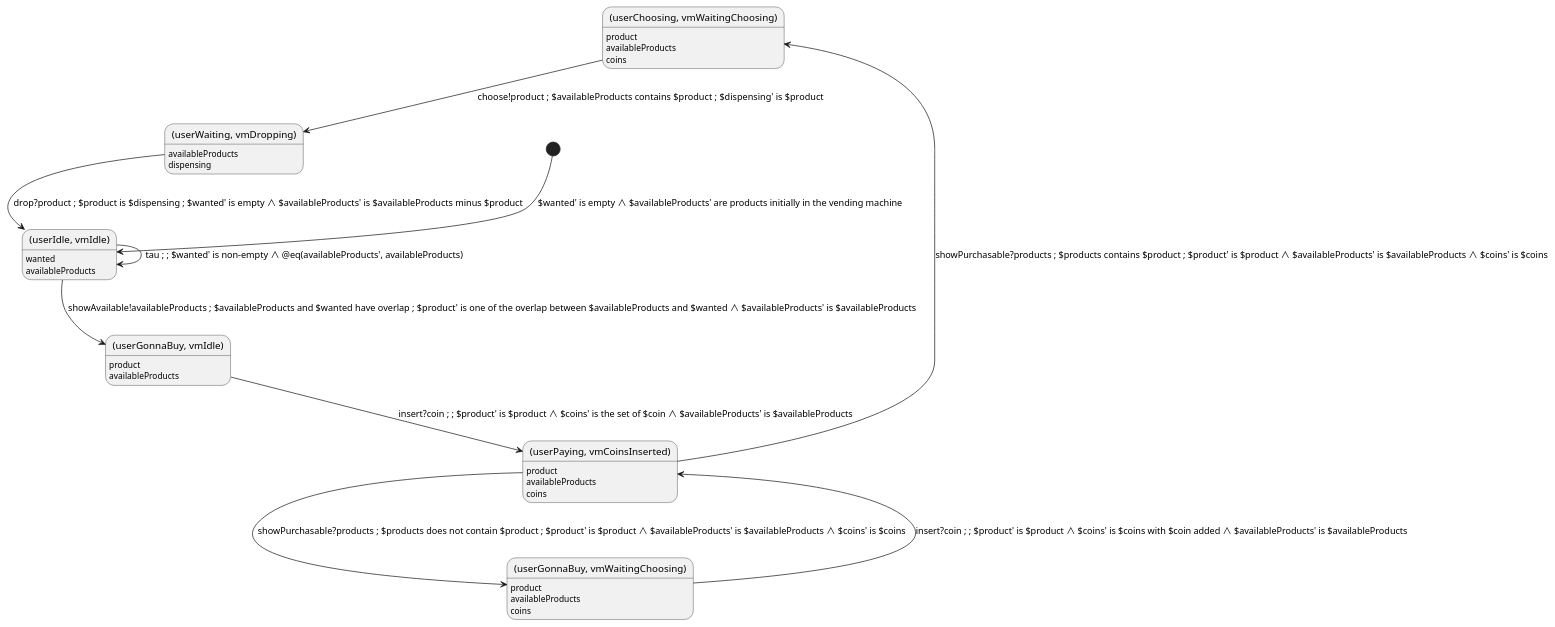
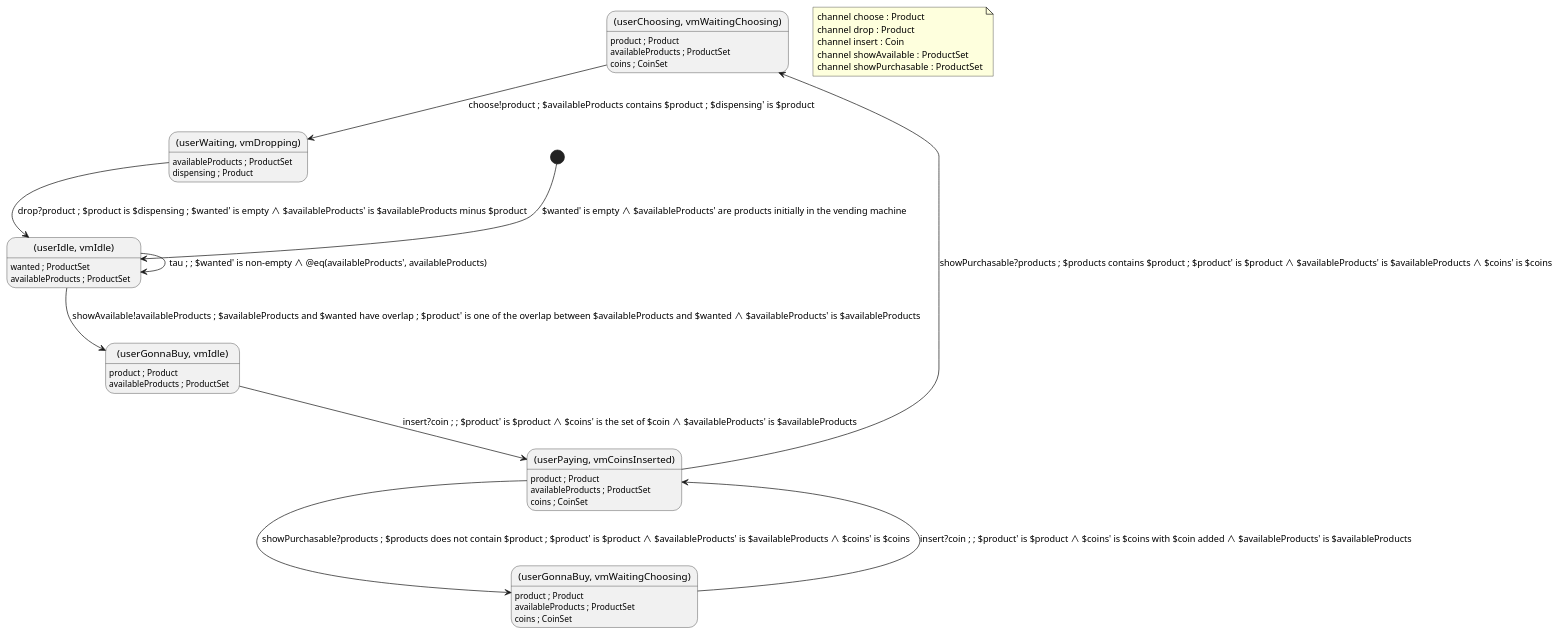
The diagram in examples/compose/user_vending_machine.puml (Kuniwak/puml-parallel), drawn with PlantUML before and after one commit. The commit also changed 73 other files, not shown here.

```diff
--- a/examples/compose/user_vending_machine.puml
+++ b/examples/compose/user_vending_machine.puml
@@ -1,32 +1,39 @@
 @startuml auto-generated-by: csdfparallel -sync 'insert;showAvailable;showPurchasable;choose;drop' examples/valid/user.puml examples/valid/vending_machine.puml
 state "(userChoosing, vmWaitingChoosing)" as userChoosing_vmWaitingChoosing
-userChoosing_vmWaitingChoosing : product
-userChoosing_vmWaitingChoosing : availableProducts
-userChoosing_vmWaitingChoosing : coins
+userChoosing_vmWaitingChoosing : product ; Product
+userChoosing_vmWaitingChoosing : availableProducts ; ProductSet
+userChoosing_vmWaitingChoosing : coins ; CoinSet
 state "(userGonnaBuy, vmIdle)" as userGonnaBuy_vmIdle
-userGonnaBuy_vmIdle : product
-userGonnaBuy_vmIdle : availableProducts
+userGonnaBuy_vmIdle : product ; Product
+userGonnaBuy_vmIdle : availableProducts ; ProductSet
 state "(userGonnaBuy, vmWaitingChoosing)" as userGonnaBuy_vmWaitingChoosing
-userGonnaBuy_vmWaitingChoosing : product
-userGonnaBuy_vmWaitingChoosing : availableProducts
-userGonnaBuy_vmWaitingChoosing : coins
+userGonnaBuy_vmWaitingChoosing : product ; Product
+userGonnaBuy_vmWaitingChoosing : availableProducts ; ProductSet
+userGonnaBuy_vmWaitingChoosing : coins ; CoinSet
 state "(userIdle, vmIdle)" as userIdle_vmIdle
-userIdle_vmIdle : wanted
-userIdle_vmIdle : availableProducts
+userIdle_vmIdle : wanted ; ProductSet
+userIdle_vmIdle : availableProducts ; ProductSet
 state "(userPaying, vmCoinsInserted)" as userPaying_vmCoinsInserted
-userPaying_vmCoinsInserted : product
-userPaying_vmCoinsInserted : availableProducts
-userPaying_vmCoinsInserted : coins
+userPaying_vmCoinsInserted : product ; Product
+userPaying_vmCoinsInserted : availableProducts ; ProductSet
+userPaying_vmCoinsInserted : coins ; CoinSet
 state "(userWaiting, vmDropping)" as userWaiting_vmDropping
-userWaiting_vmDropping : availableProducts
-userWaiting_vmDropping : dispensing
+userWaiting_vmDropping : availableProducts ; ProductSet
+userWaiting_vmDropping : dispensing ; Product
 [*] --> userIdle_vmIdle : $wanted' is empty ∧ $availableProducts' are products initially in the vending machine
 userChoosing_vmWaitingChoosing --> userWaiting_vmDropping : choose!product ; $availableProducts contains $product ; $dispensing' is $product
 userGonnaBuy_vmIdle --> userPaying_vmCoinsInserted : insert?coin ; ; $product' is $product ∧ $coins' is the set of $coin ∧ $availableProducts' is $availableProducts
 userGonnaBuy_vmWaitingChoosing --> userPaying_vmCoinsInserted : insert?coin ; ; $product' is $product ∧ $coins' is $coins with $coin added ∧ $availableProducts' is $availableProducts
 userIdle_vmIdle --> userGonnaBuy_vmIdle : showAvailable!availableProducts ; $availableProducts and $wanted have overlap ; $product' is one of the overlap between $availableProducts and $wanted ∧ $availableProducts' is $availableProducts
 userIdle_vmIdle --> userIdle_vmIdle : tau ; ; $wanted' is non-empty ∧ @eq(availableProducts', availableProducts)
 userPaying_vmCoinsInserted --> userChoosing_vmWaitingChoosing : showPurchasable?products ; $products contains $product ; $product' is $product ∧ $availableProducts' is $availableProducts ∧ $coins' is $coins
 userPaying_vmCoinsInserted --> userGonnaBuy_vmWaitingChoosing : showPurchasable?products ; $products does not contain $product ; $product' is $product ∧ $availableProducts' is $availableProducts ∧ $coins' is $coins
 userWaiting_vmDropping --> userIdle_vmIdle : drop?product ; $product is $dispensing ; $wanted' is empty ∧ $availableProducts' is $availableProducts minus $product
+note as channels
+  channel choose : Product
+  channel drop : Product
+  channel insert : Coin
+  channel showAvailable : ProductSet
+  channel showPurchasable : ProductSet
+end note
 @enduml
```
